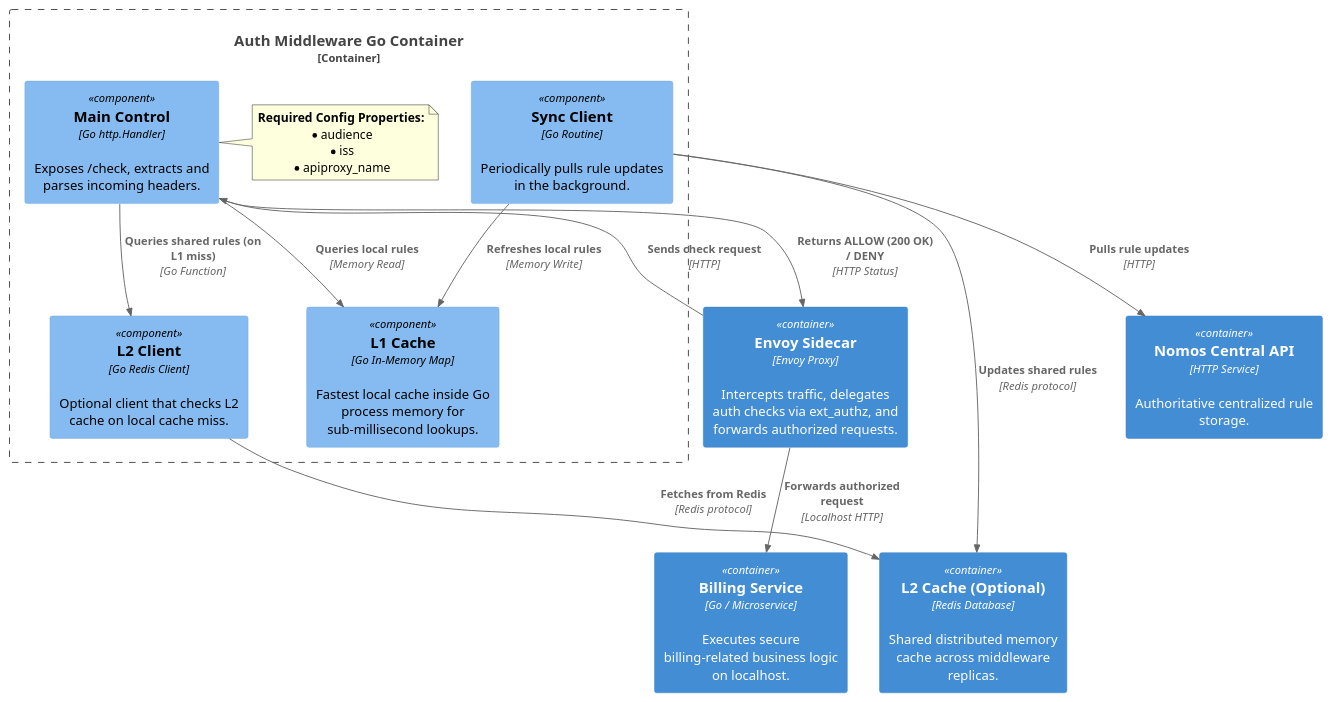
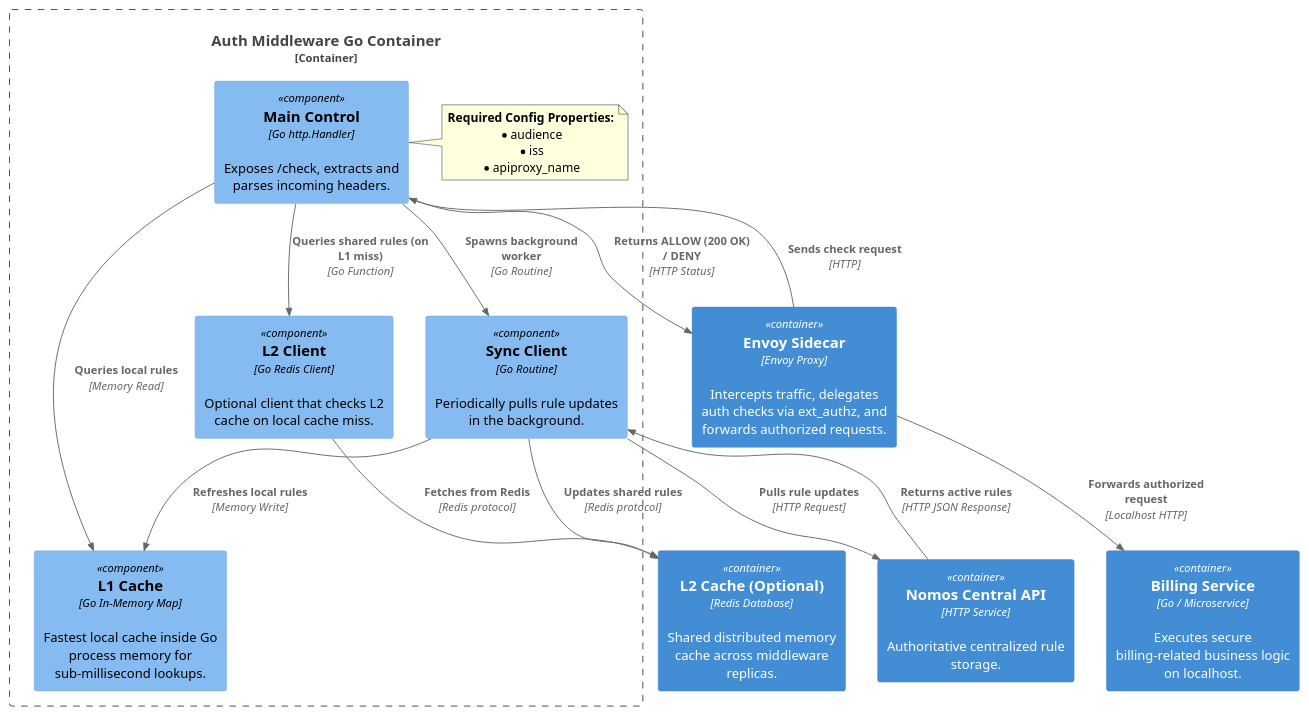
The diagram in public/blog/2026-08-08-auth-ext-middleware/c3-component.puml (kiquetal/kiquetal.github.io), drawn with PlantUML before and after one commit. The commit also changed 1 other file, not shown here.

Commit message:
feat: enhance C4 diagrams with detailed HTTP request/response interactions and background worker spawning

```diff
--- a/public/blog/2026-08-08-auth-ext-middleware/c3-component.puml
+++ b/public/blog/2026-08-08-auth-ext-middleware/c3-component.puml
@@ -1,34 +1,36 @@
 @startuml
 !includeurl https://raw.githubusercontent.com/RicardoNiepel/C4-PlantUML/release/1-0/C4_Component.puml
 
 Container(sidecar, "Envoy Sidecar", "Envoy Proxy", "Intercepts traffic, delegates auth checks via ext_authz, and forwards authorized requests.")
 Container(backend, "Billing Service", "Go / Microservice", "Executes secure billing-related business logic on localhost.")
 
 Container_Boundary(middleware, "Auth Middleware Go Container") {
     Component(router, "Main Control", "Go http.Handler", "Exposes /check, extracts and parses incoming headers.")
     Component(l1, "L1 Cache", "Go In-Memory Map", "Fastest local cache inside Go process memory for sub-millisecond lookups.")
     Component(l2_client, "L2 Client", "Go Redis Client", "Optional client that checks L2 cache on local cache miss.")
     Component(sync, "Sync Client", "Go Routine", "Periodically pulls rule updates in the background.")
     
     note right of router
       **Required Config Properties:**
       * audience
       * iss
       * apiproxy_name
     end note
 }
 
 Container(redis, "L2 Cache (Optional)", "Redis Database", "Shared distributed memory cache across middleware replicas.")
 Container(nomos_api, "Nomos Central API", "HTTP Service", "Authoritative centralized rule storage.")
 
 Rel(sidecar, router, "Sends check request", "HTTP")
 Rel(router, l1, "Queries local rules", "Memory Read")
 Rel(router, l2_client, "Queries shared rules (on L1 miss)", "Go Function")
 Rel(l2_client, redis, "Fetches from Redis", "Redis protocol")
-Rel(sync, nomos_api, "Pulls rule updates", "HTTP")
+Rel(sync, nomos_api, "Pulls rule updates", "HTTP Request")
+Rel(nomos_api, sync, "Returns active rules", "HTTP JSON Response")
 Rel(sync, l1, "Refreshes local rules", "Memory Write")
 Rel(sync, redis, "Updates shared rules", "Redis protocol")
 Rel(router, sidecar, "Returns ALLOW (200 OK) / DENY", "HTTP Status")
 Rel(sidecar, backend, "Forwards authorized request", "Localhost HTTP")
+Rel(router, sync, "Spawns background worker", "Go Routine")
 
 @enduml
```
